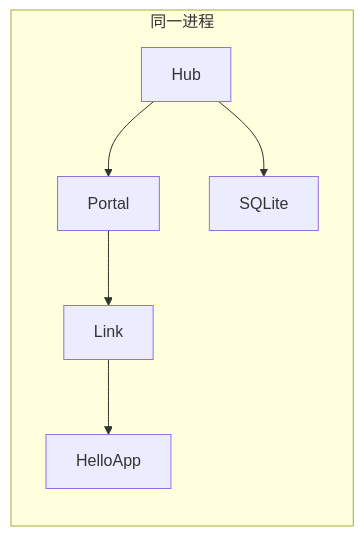
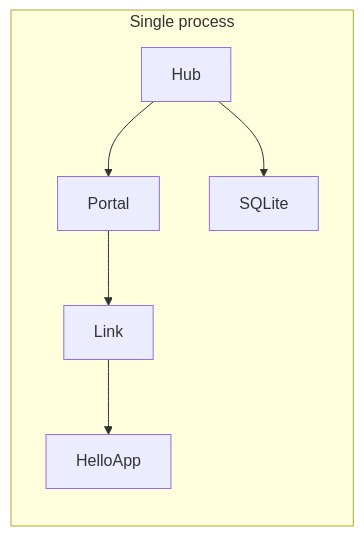
Before and after one commit to yorun-ai/vine-site: the diagram in docs/getting-started/tutorial-first-app.md, drawn with Mermaid. The commit also changed other lines of this file and 107 other files, not shown here.

````diff
--- a/docs/getting-started/tutorial-first-app.md
+++ b/docs/getting-started/tutorial-first-app.md
@@ -92,7 +92,7 @@
 ```mermaid
 flowchart LR
-  subgraph Process["同一进程"]
+  subgraph Process["Single process"]
     Hub["Hub"] --> Portal["Portal"] --> Link["Link"] --> App["HelloApp"]
     Hub --> SQLite["SQLite"]
   end
 ```
````
